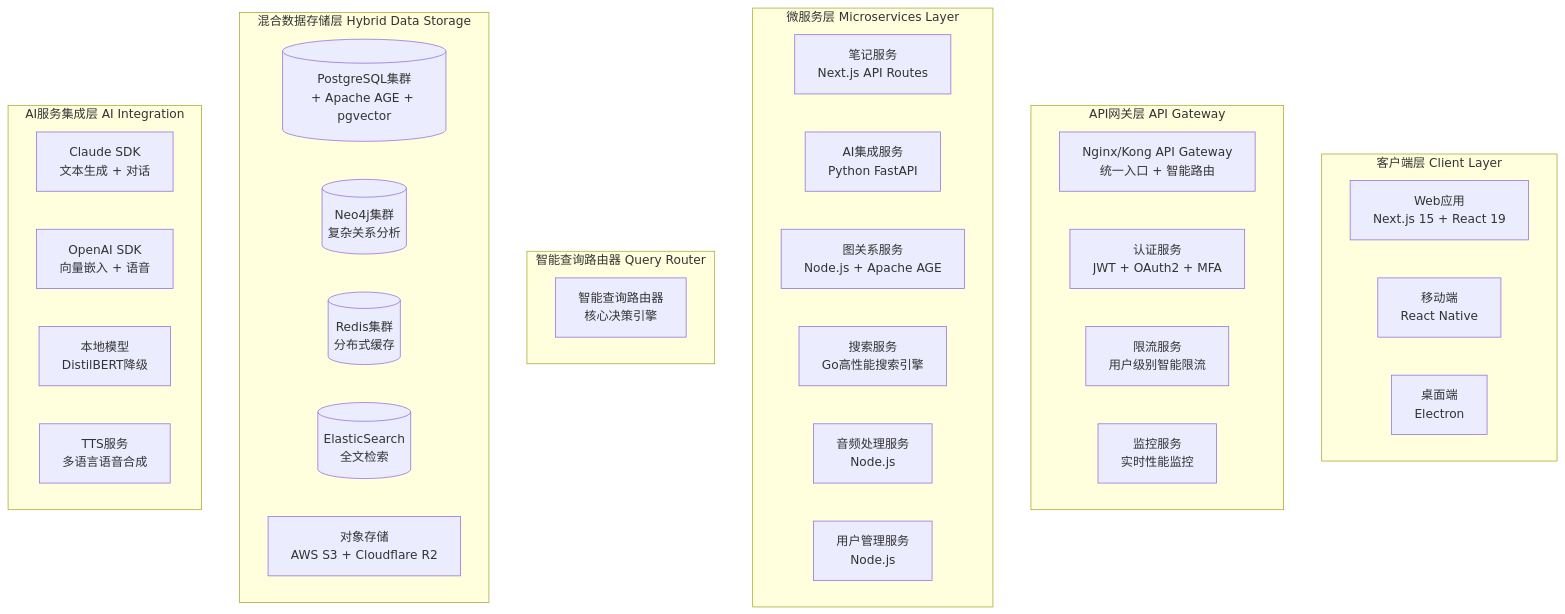
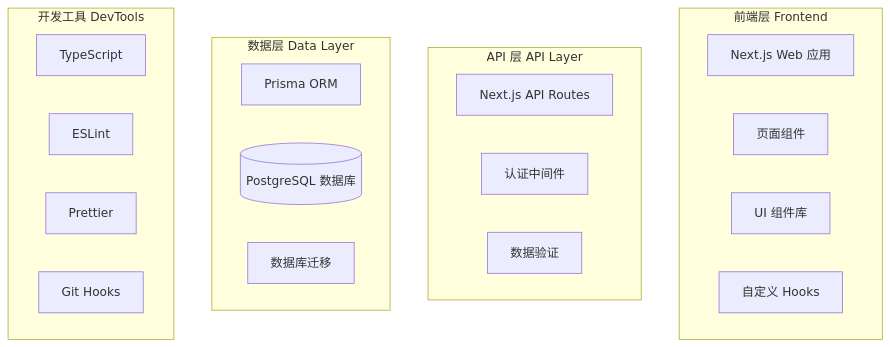
One commit to caiqing/mind-note changed the diagram in README.md. Above: the diagram before and after it, drawn with Mermaid. The commit also changed other lines of this file and 97 other files, not shown here.

````diff
--- a/README.md
+++ b/README.md
@@ -121,43 +65,28 @@
 ```mermaid
 graph TB
-    subgraph "客户端层 Client Layer"
-        WebApp[Web应用<br/>Next.js 15 + React 19]
-        Mobile[移动端<br/>React Native]
-        Desktop[桌面端<br/>Electron]
+    subgraph "前端层 Frontend"
+        WebApp[Next.js Web 应用]
+        Pages[页面组件]
+        Components[UI 组件库]
+        Hooks[自定义 Hooks]
     end
 
-    subgraph "API网关层 API Gateway"
-        Gateway[Nginx/Kong API Gateway<br/>统一入口 + 智能路由]
-        Auth[认证服务<br/>JWT + OAuth2 + MFA]
-        Rate[限流服务<br/>用户级别智能限流]
-        Monitor[监控服务<br/>实时性能监控]
+    subgraph "API 层 API Layer"
+        APIRoutes[Next.js API Routes]
+        AuthMiddleware[认证中间件]
+        Validation[数据验证]
     end
 
-    subgraph "微服务层 Microservices Layer"
-        NoteService[笔记服务<br/>Next.js API Routes]
-        AIService[AI集成服务<br/>Python FastAPI]
-        GraphService[图关系服务<br/>Node.js + Apache AGE]
-        SearchService[搜索服务<br/>Go高性能搜索引擎]
-        AudioService[音频处理服务<br/>Node.js]
-        UserService[用户管理服务<br/>Node.js]
+    subgraph "数据层 Data Layer"
+        PrismaORM[Prisma ORM]
+        PostgreSQL[(PostgreSQL 数据库)]
+        Migrations[数据库迁移]
     end
 
-    subgraph "智能查询路由器 Query Router"
-        QueryRouter[智能查询路由器<br/>核心决策引擎]
-    end
-
-    subgraph "混合数据存储层 Hybrid Data Storage"
-        PostgreSQL[(PostgreSQL集群<br/>+ Apache AGE + pgvector)]
-        Neo4j[(Neo4j集群<br/>复杂关系分析)]
-        Redis[(Redis集群<br/>分布式缓存)]
-        ElasticSearch[(ElasticSearch<br/>全文检索)]
-        S3[对象存储<br/>AWS S3 + Cloudflare R2]
-    end
-
-    subgraph "AI服务集成层 AI Integration"
-        ClaudeSDK[Claude SDK<br/>文本生成 + 对话]
-        OpenAISDK[OpenAI SDK<br/>向量嵌入 + 语音]
-        LocalModels[本地模型<br/>DistilBERT降级]
-        TTSService[TTS服务<br/>多语言语音合成]
+    subgraph "开发工具 DevTools"
+        TypeScript[TypeScript]
+        ESLint[ESLint]
+        Prettier[Prettier]
+        GitHooks[Git Hooks]
     end
 ```
````
